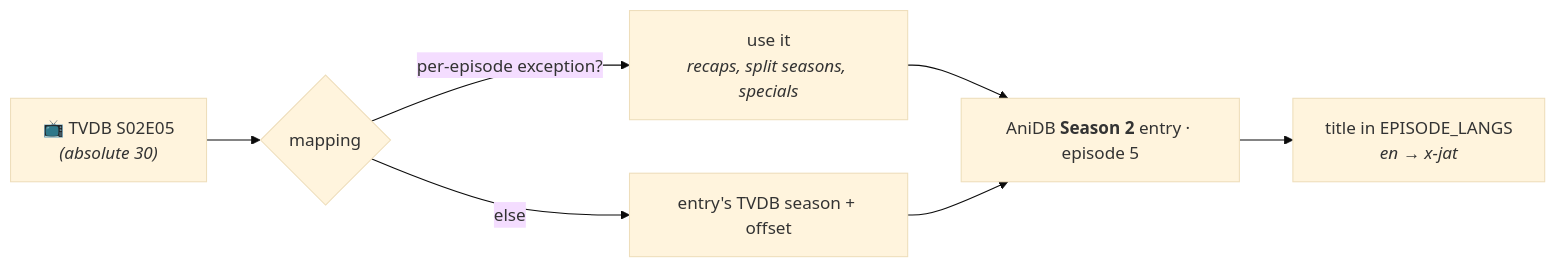
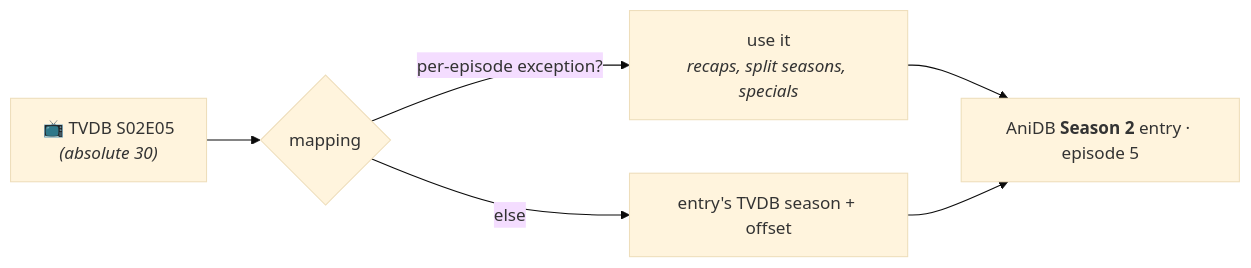
One commit to KurtzPT/kizuna changed the second of 2 diagrams in MAPPING.md. Above: the diagram before and after it, drawn with Mermaid (base theme).

Commit message:
Docs: MAPPING's pairing diagram ends at the paired episode

````diff
--- a/MAPPING.md
+++ b/MAPPING.md
@@ -298,9 +298,8 @@
 ```mermaid
 flowchart LR
     T["📺 TVDB S02E05<br/><i>(absolute 30)</i>"] --> M{"mapping"}
     M -- "per-episode exception?" --> X["use it<br/><i>recaps, split seasons, specials</i>"]
     M -- "else" --> D["entry's TVDB season + offset"]
     X --> A["AniDB <b>Season 2</b> entry · episode 5"]
     D --> A
-    A --> L["title in EPISODE_LANGS<br/><i>en → x-jat</i>"]
 ```
````
